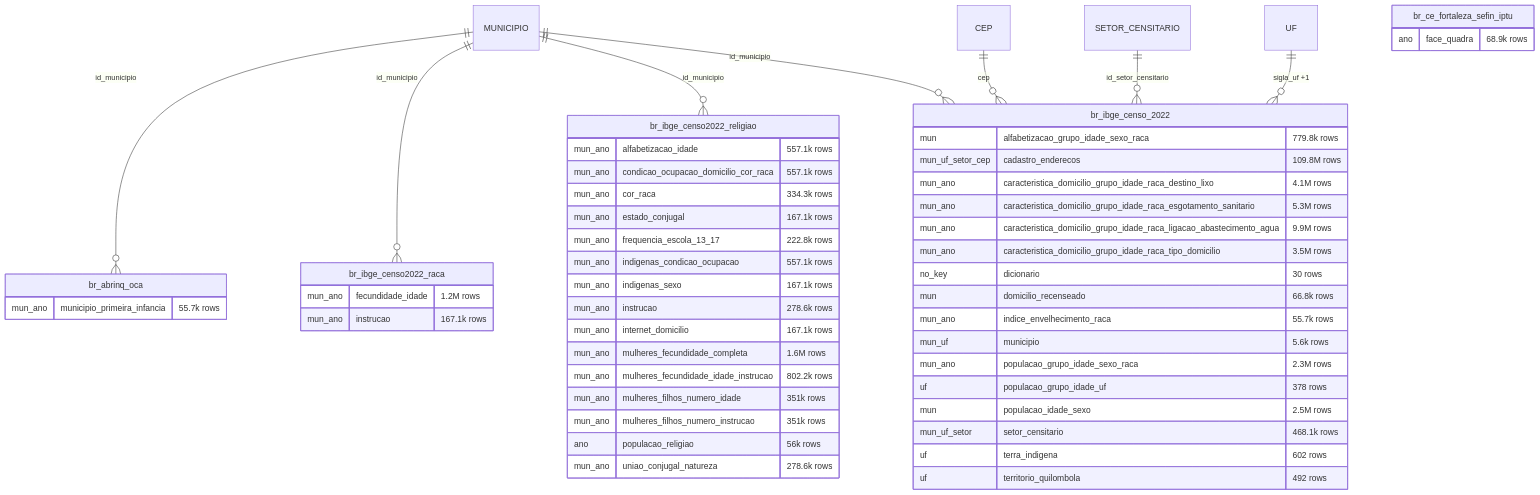
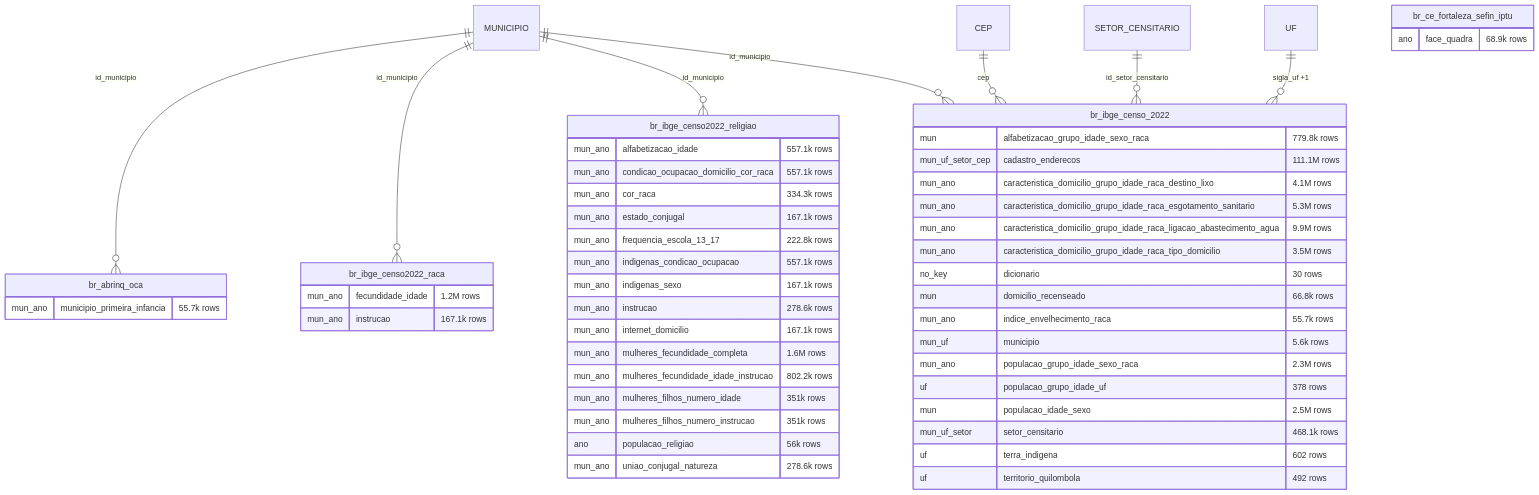
Before and after one commit to rafapolo/rodado: diagram 21 of 26 in docs/mapa/ERD_EN.md, drawn with Mermaid. The commit also changed other lines of this file and 5 other files, not shown here.

````diff
--- a/docs/mapa/ERD_EN.md
+++ b/docs/mapa/ERD_EN.md
@@ -1908,55 +1933,55 @@
 ```mermaid
 erDiagram
     MUNICIPIO ||--o{ br_abrinq_oca : "id_municipio"
     MUNICIPIO ||--o{ br_ibge_censo2022_raca : "id_municipio"
     MUNICIPIO ||--o{ br_ibge_censo2022_religiao : "id_municipio"
     CEP ||--o{ br_ibge_censo_2022 : "cep"
     MUNICIPIO ||--o{ br_ibge_censo_2022 : "id_municipio"
     SETOR_CENSITARIO ||--o{ br_ibge_censo_2022 : "id_setor_censitario"
     UF ||--o{ br_ibge_censo_2022 : "sigla_uf +1"
     br_abrinq_oca {
         mun_ano municipio_primeira_infancia "55.7k rows"
     }
     br_ce_fortaleza_sefin_iptu {
         ano face_quadra "68.9k rows"
     }
     br_ibge_censo2022_raca {
         mun_ano fecundidade_idade "1.2M rows"
         mun_ano instrucao "167.1k rows"
     }
     br_ibge_censo2022_religiao {
         mun_ano alfabetizacao_idade "557.1k rows"
         mun_ano condicao_ocupacao_domicilio_cor_raca "557.1k rows"
         mun_ano cor_raca "334.3k rows"
         mun_ano estado_conjugal "167.1k rows"
         mun_ano frequencia_escola_13_17 "222.8k rows"
         mun_ano indigenas_condicao_ocupacao "557.1k rows"
         mun_ano indigenas_sexo "167.1k rows"
         mun_ano instrucao "278.6k rows"
         mun_ano internet_domicilio "167.1k rows"
         mun_ano mulheres_fecundidade_completa "1.6M rows"
         mun_ano mulheres_fecundidade_idade_instrucao "802.2k rows"
         mun_ano mulheres_filhos_numero_idade "351k rows"
         mun_ano mulheres_filhos_numero_instrucao "351k rows"
         ano populacao_religiao "56k rows"
         mun_ano uniao_conjugal_natureza "278.6k rows"
     }
     br_ibge_censo_2022 {
         mun alfabetizacao_grupo_idade_sexo_raca "779.8k rows"
-        mun_uf_setor_cep cadastro_enderecos "109.8M rows"
+        mun_uf_setor_cep cadastro_enderecos "111.1M rows"
         mun_ano caracteristica_domicilio_grupo_idade_raca_destino_lixo "4.1M rows"
         mun_ano caracteristica_domicilio_grupo_idade_raca_esgotamento_sanitario "5.3M rows"
         mun_ano caracteristica_domicilio_grupo_idade_raca_ligacao_abastecimento_agua "9.9M rows"
         mun_ano caracteristica_domicilio_grupo_idade_raca_tipo_domicilio "3.5M rows"
         no_key dicionario "30 rows"
         mun domicilio_recenseado "66.8k rows"
         mun_ano indice_envelhecimento_raca "55.7k rows"
         mun_uf municipio "5.6k rows"
         mun_ano populacao_grupo_idade_sexo_raca "2.3M rows"
         uf populacao_grupo_idade_uf "378 rows"
         mun populacao_idade_sexo "2.5M rows"
         mun_uf_setor setor_censitario "468.1k rows"
         uf terra_indigena "602 rows"
         uf territorio_quilombola "492 rows"
     }
 ```
````
